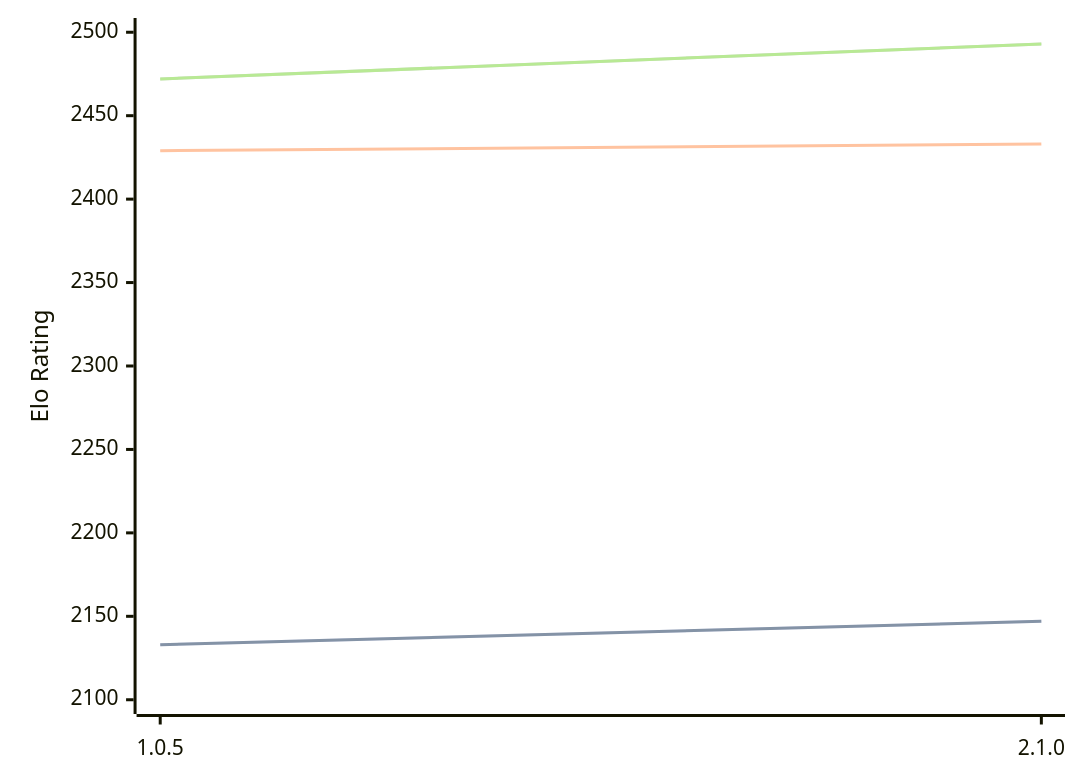
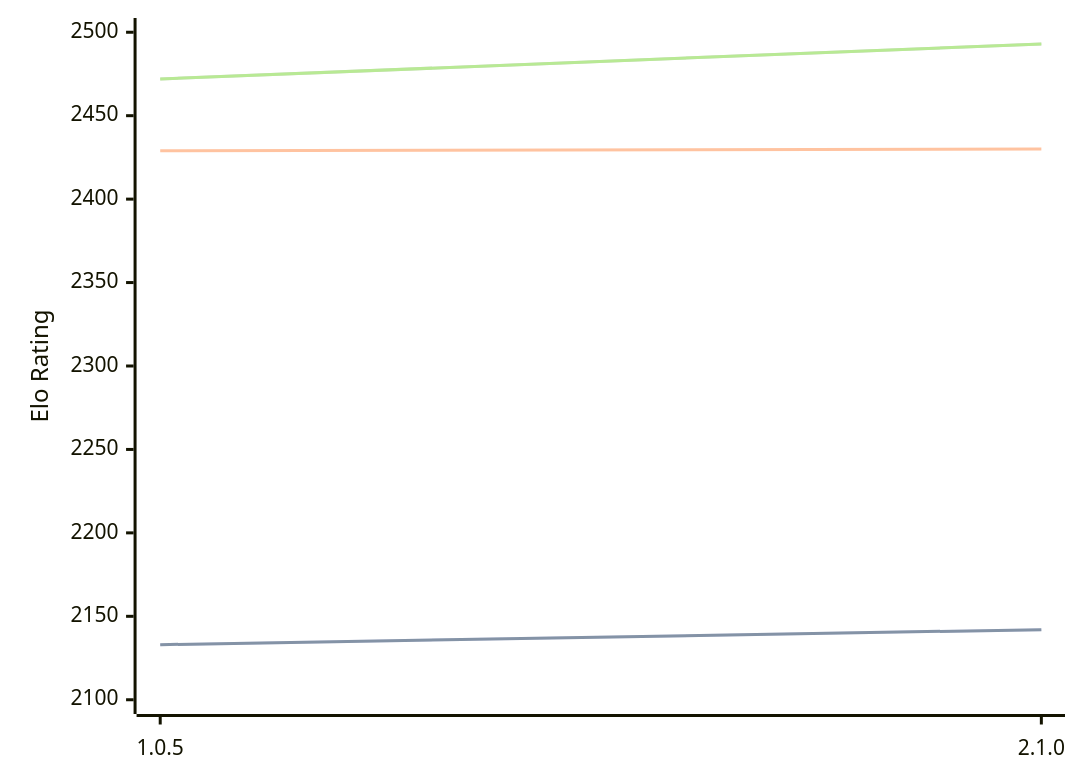
One commit to computer-chess-index/cci changed the diagram in engines/Ruffian.md. Above: the diagram before and after it, drawn with Mermaid. The commit also changed other lines of this file, not shown here.

````diff
--- a/engines/Ruffian.md
+++ b/engines/Ruffian.md
@@ -32,11 +32,11 @@
 ```mermaid
 %%{init: {"theme":"base","themeVariables":{"seriesColors:['#a3a3a3','#222221','#faa371']}}}%%
 xychart-beta
   x-axis ["1.0.5", "2.1.0"]
   y-axis "Elo Rating" 2100 --> 2500
-  line "STC (8.0+0.08s)" [2133, 2147]
-  line "STC (8.0+0.08s)" [2133, 2147]
-  line "LTC (60.0+0.60s)" [2429, 2433]
+  line "STC (8.0+0.08s)" [2133, 2142]
+  line "STC (8.0+0.08s)" [2133, 2142]
+  line "LTC (60.0+0.60s)" [2429, 2430]
   line "VLTC (2m24s+1.12s)" [2472, 2493]
   line "VLTC (2m24s+1.12s)" [2472, 2493]
 ```
````
